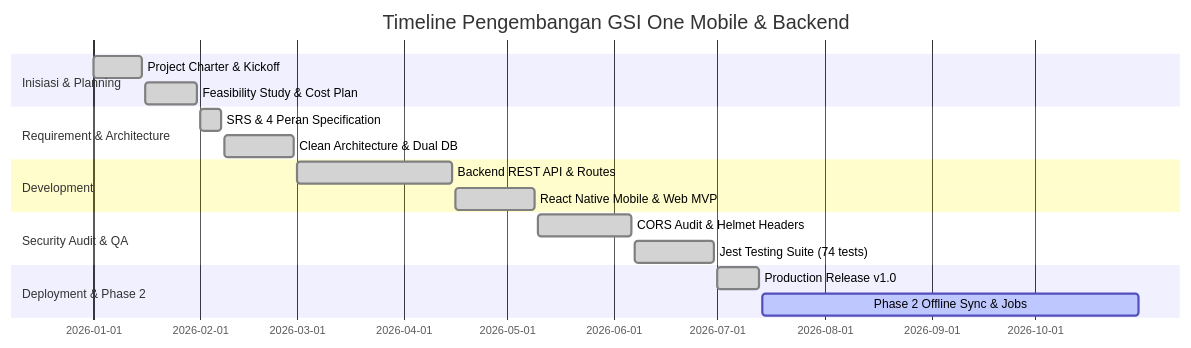
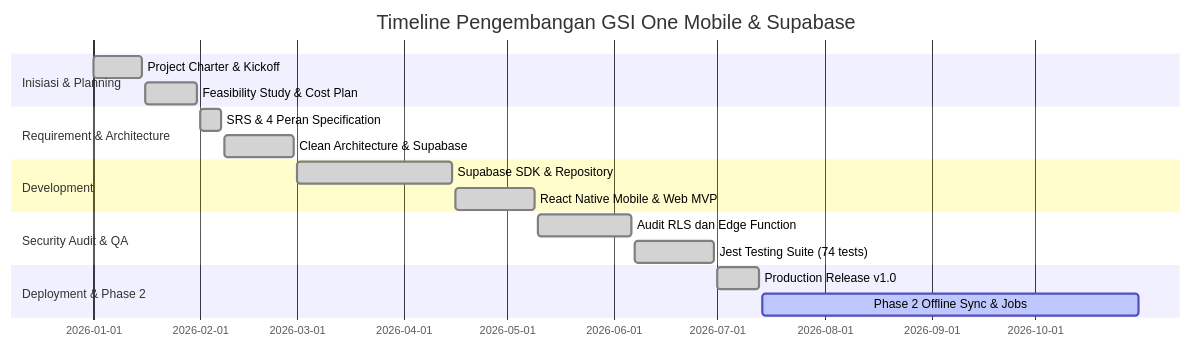
Before and after one commit to fajar-dev/gsi-one: the diagram in docs/01_Project_Planning/Project_Management_Plan.md, drawn with Mermaid. The commit also changed other lines of this file and 213 other files, not shown here.

````diff
--- a/docs/01_Project_Planning/Project_Management_Plan.md
+++ b/docs/01_Project_Planning/Project_Management_Plan.md
@@ -74,25 +70,25 @@
 ```mermaid
 gantt
     dateFormat  YYYY-MM-DD
-    title Timeline Pengembangan GSI One Mobile & Backend
+    title Timeline Pengembangan GSI One Mobile & Supabase
 
     section Inisiasi & Planning
     Project Charter & Kickoff     :done,    des1, 2026-01-01, 2026-01-15
     Feasibility Study & Cost Plan :done,    des2, 2026-01-16, 2026-01-31
 
     section Requirement & Architecture
     SRS & 4 Peran Specification   :done,    req1, 2026-02-01, 2026-02-07
-    Clean Architecture & Dual DB  :done,    arch1, 2026-02-08, 2026-02-28
+    Clean Architecture & Supabase  :done,    arch1, 2026-02-08, 2026-02-28
 
     section Development
-    Backend REST API & Routes     :done,    dev1, 2026-03-01, 2026-04-15
+    Supabase SDK & Repository     :done,    dev1, 2026-03-01, 2026-04-15
     React Native Mobile & Web MVP :done,    dev2, 2026-04-16, 2026-05-09
 
     section Security Audit & QA
-    CORS Audit & Helmet Headers   :done,    sec1, 2026-05-10, 2026-06-06
+    Audit RLS dan Edge Function   :done,    sec1, 2026-05-10, 2026-06-06
     Jest Testing Suite (74 tests) :done,    qa1,  2026-06-07, 2026-06-30
 
     section Deployment & Phase 2
     Production Release v1.0       :done,    dep1, 2026-07-01, 2026-07-13
     Phase 2 Offline Sync & Jobs   :active,  p2,   2026-07-14, 2026-10-31
 ```
````
